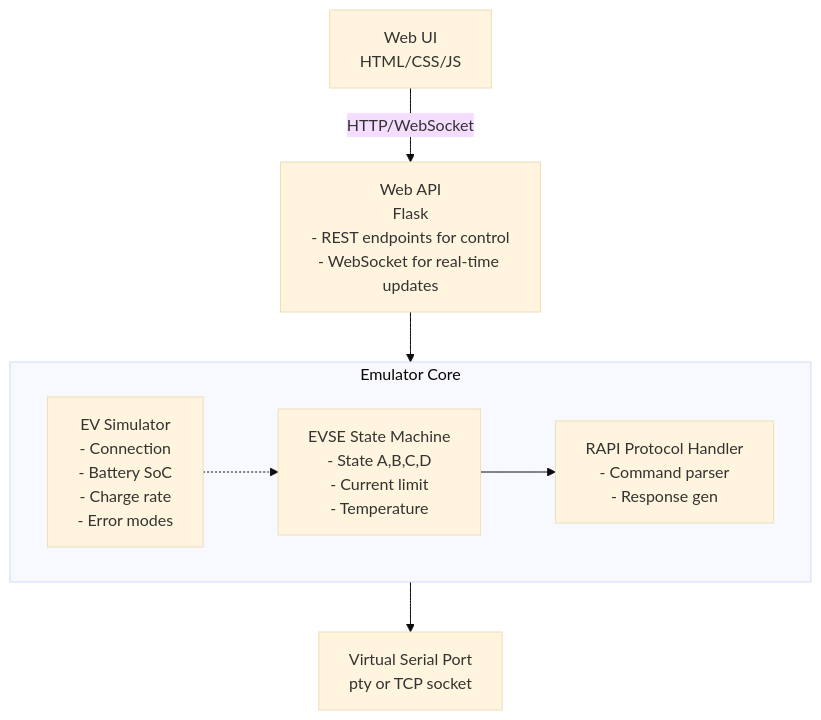
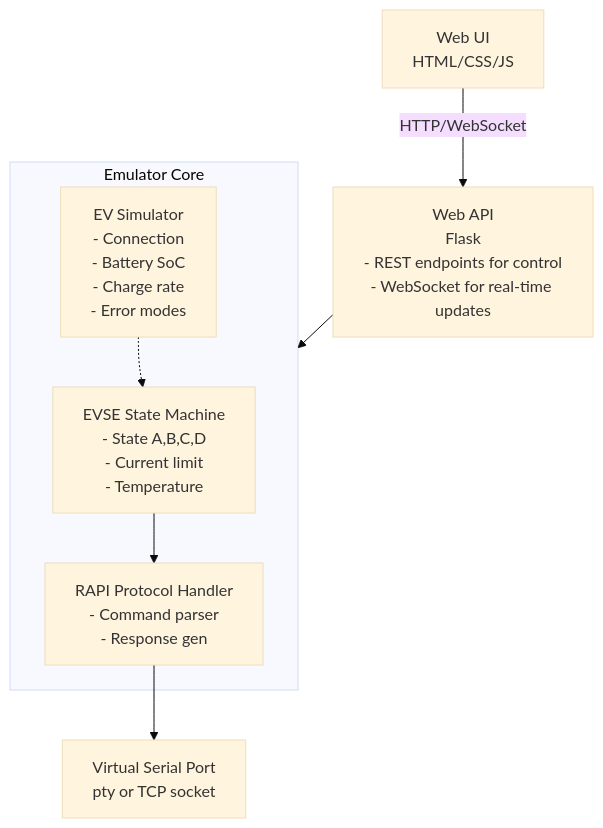
One commit to jeremypoulter/OpenEVSE_Emulator changed the diagram in SPEC.md. Above: the diagram before and after it, drawn with Mermaid (base theme). The commit also changed 1 other file, not shown here.

Commit message:
Fix diagram: RAPI Handler now connects directly to Serial Port

````diff
--- a/SPEC.md
+++ b/SPEC.md
@@ -22,15 +22,15 @@
 ```mermaid
 graph TD
     A[Web UI<br/>HTML/CSS/JS] -->|HTTP/WebSocket| B[Web API<br/>Flask<br/>- REST endpoints for control<br/>- WebSocket for real-time updates]
     B --> EmulatorCore
     
     subgraph EmulatorCore[Emulator Core]
         D[EVSE State Machine<br/>- State A,B,C,D<br/>- Current limit<br/>- Temperature]
         E[EV Simulator<br/>- Connection<br/>- Battery SoC<br/>- Charge rate<br/>- Error modes]
         F[RAPI Protocol Handler<br/>- Command parser<br/>- Response gen]
         E -.-> D
         D --> F
     end
     
-    EmulatorCore --> G[Virtual Serial Port<br/>pty or TCP socket]
+    F --> G[Virtual Serial Port<br/>pty or TCP socket]
 ```
````
